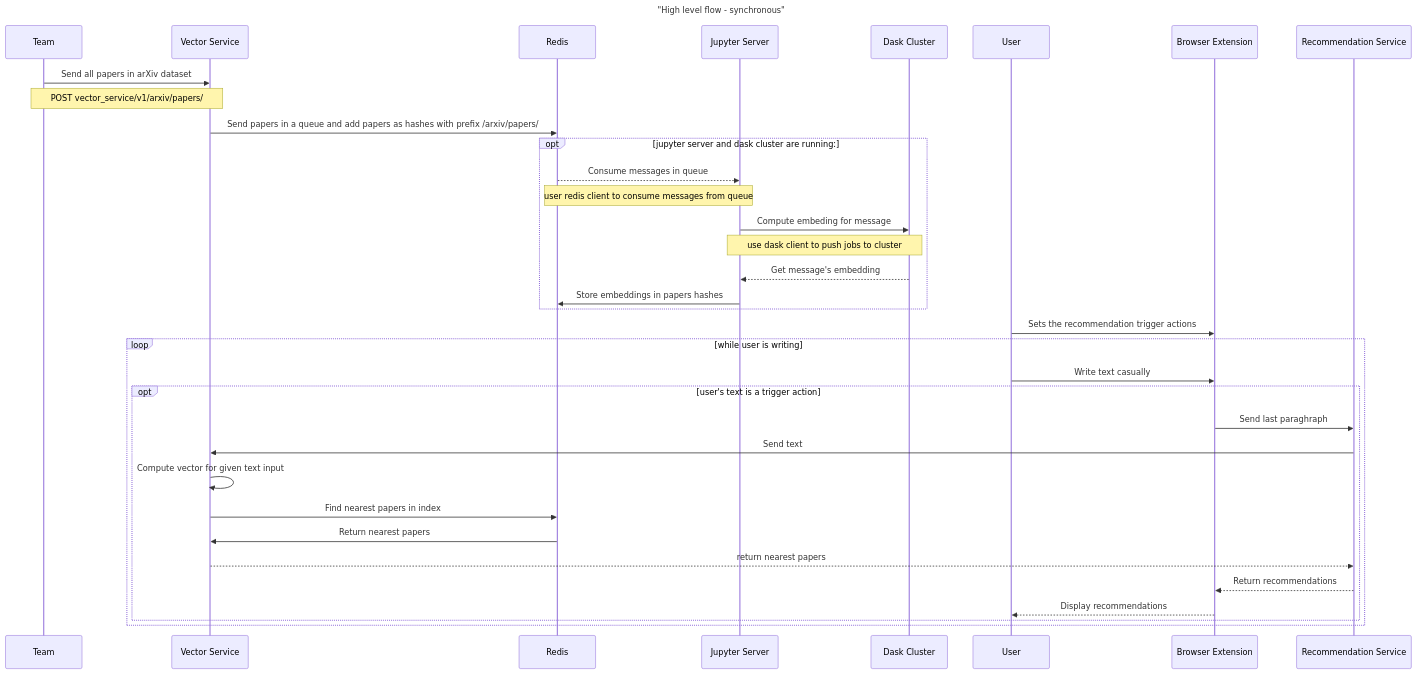
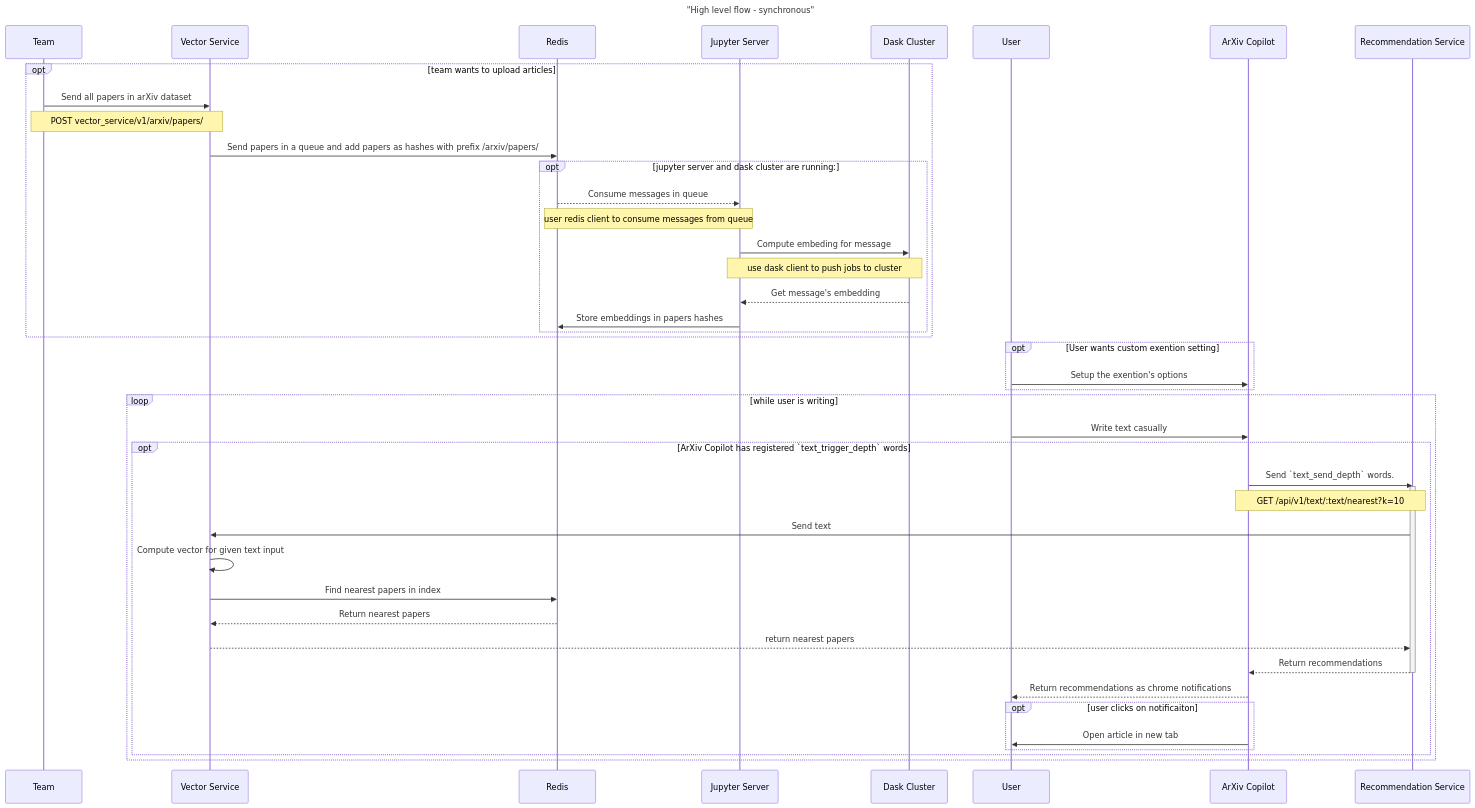
The diagram in README.md (artefactory/redisventures-hackunamadata), drawn with Mermaid before and after one commit. The commit also changed other lines of this file, not shown here.

Commit message:
refacto: updated the readme base on the current extension's behaviour

````diff
--- a/README.md
+++ b/README.md
@@ -5,33 +5,43 @@
 ```mermaid
 sequenceDiagram
     title "High level flow - synchronous"
 
-    Team ->> Vector Service: Send all papers in arXiv dataset
-    Note over Team, Vector Service: POST vector_service/v1/arxiv/papers/
-    Vector Service ->> Redis: Send papers in a queue and add papers as hashes with prefix /arxiv/papers/
+        opt team wants to upload articles
+        Team ->> Vector Service: Send all papers in arXiv dataset
+        Note over Team, Vector Service: POST vector_service/v1/arxiv/papers/
+        Vector Service ->> Redis: Send papers in a queue and add papers as hashes with prefix /arxiv/papers/
 
-    opt jupyter server and dask cluster are running:
-        Redis -->> Jupyter Server: Consume messages in queue
-        Note over Redis, Jupyter Server: user redis client to consume messages from queue
-        Jupyter Server ->> Dask Cluster: Compute embeding for message
-        Note over Jupyter Server, Dask Cluster: use dask client to push jobs to cluster
-        Dask Cluster -->> Jupyter Server: Get message's embedding
-        Jupyter Server ->> Redis: Store embeddings in papers hashes
+        opt jupyter server and dask cluster are running:
+            Redis -->> Jupyter Server: Consume messages in queue
+            Note over Redis, Jupyter Server: user redis client to consume messages from queue
+            Jupyter Server ->> Dask Cluster: Compute embeding for message
+            Note over Jupyter Server, Dask Cluster: use dask client to push jobs to cluster
+            Dask Cluster -->> Jupyter Server: Get message's embedding
+            Jupyter Server ->> Redis: Store embeddings in papers hashes
+        end
     end
 
-    User ->> Browser Extension: Sets the recommendation trigger actions
+    opt User wants custom exention setting
+        User ->> ArXiv Copilot: Setup the exention's options
+    end
 
     loop while user is writing
-        User ->> Browser Extension: Write text casually
-        opt user's text is a trigger action
-            Browser Extension ->> Recommendation Service: Send last paraghraph
+        User ->> ArXiv Copilot: Write text casually
+        opt ArXiv Copilot has registered `text_trigger_depth` words
+            ArXiv Copilot ->> Recommendation Service: Send `text_send_depth` words.
+            activate Recommendation Service
+            Note over ArXiv Copilot, Recommendation Service: GET /api/v1/text/:text/nearest?k=10
             Recommendation Service ->> Vector Service: Send text
             Vector Service ->> Vector Service : Compute vector for given text input
             Vector Service ->> Redis : Find nearest papers in index
-            Redis ->> Vector Service: Return nearest papers
+            Redis -->> Vector Service: Return nearest papers
             Vector Service -->> Recommendation Service: return nearest papers
-            Recommendation Service -->> Browser Extension: Return recommendations
-            Browser Extension -->> User: Display recommendations
+            Recommendation Service -->> ArXiv Copilot: Return recommendations
+            deactivate Recommendation Service
+            ArXiv Copilot -->> User: Return recommendations as chrome notifications
+            opt user clicks on notificaiton
+                ArXiv Copilot ->> User: Open article in new tab
+            end
         end
     end
 ```
````
